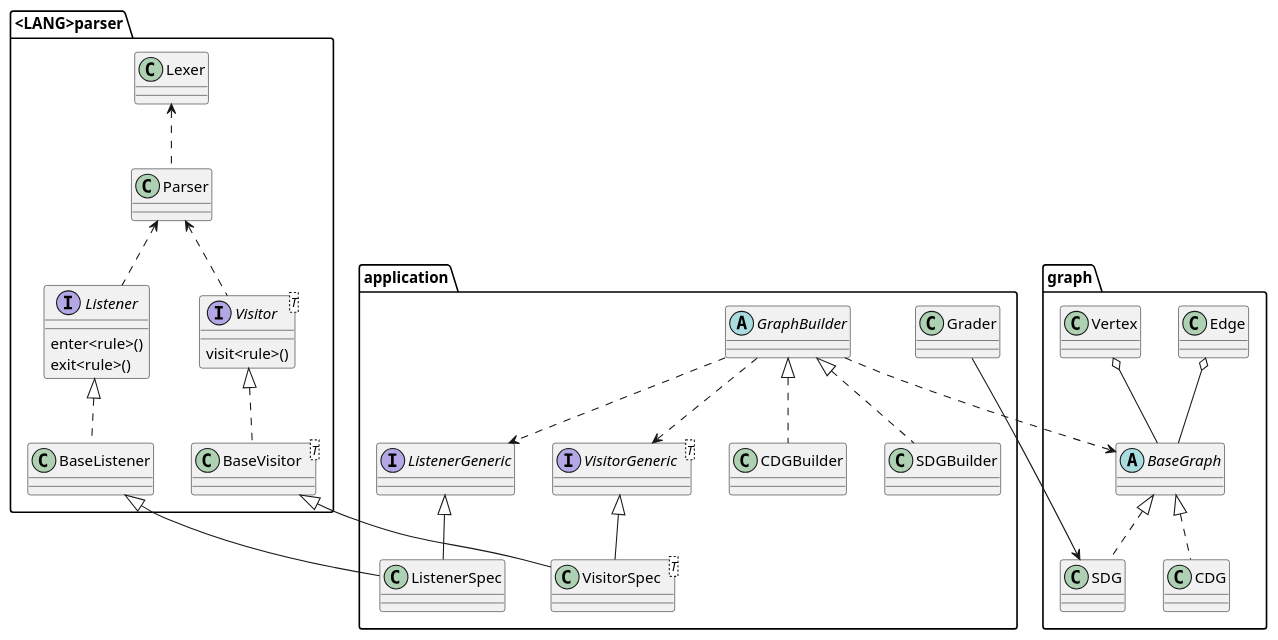
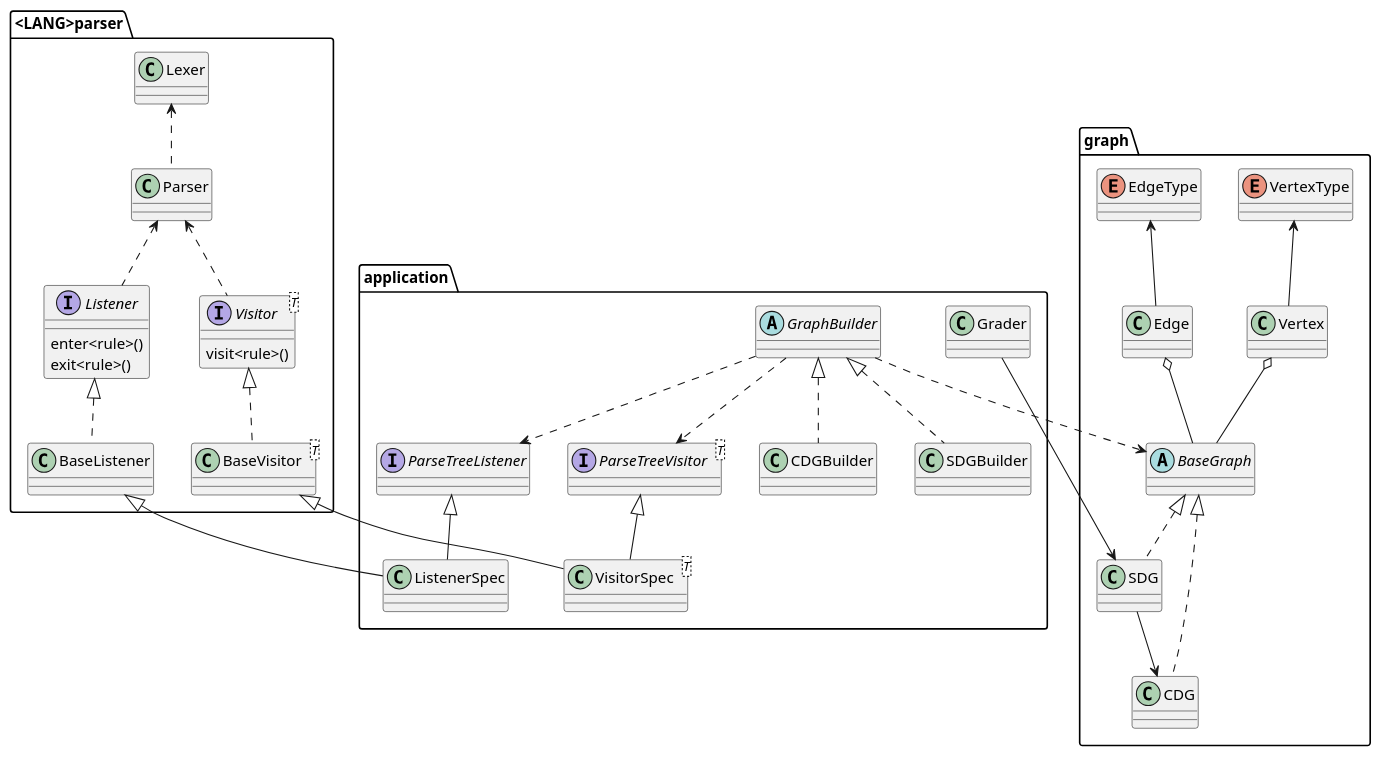
One commit to kuangyl0212/PAAA changed the diagram in src/main/uml/Application.puml. Above: the diagram before and after it, drawn with PlantUML. The commit also changed 43 other files, not shown here.

```diff
--- a/src/main/uml/Application.puml
+++ b/src/main/uml/Application.puml
@@ -1,84 +1,90 @@
 @startuml
 
 package "<LANG>parser" {
 Lexer    <..  Parser
 Parser   <..  Listener
 Parser   <..  Visitor
 Listener <|.. BaseListener
 Visitor  <|.. BaseVisitor
 
 Class Parser {
 
 }
 Class Lexer {
 
 }
 
 Interface Visitor<T> {
     visit<rule>()
 }
 Interface Listener {
     enter<rule>()
     exit<rule>()
 }
 
 Class BaseVisitor<T> {
 }
 Class BaseListener {
 }
 
 }
 
 package "graph" {
 Edge   o-- BaseGraph
 Vertex o-- BaseGraph
 BaseGraph <|.. CDG
 BaseGraph <|.. SDG
+VertexType <-- Vertex
+EdgeType <-- Edge
+SDG --> CDG
 
 abstract Class BaseGraph
 Class Vertex
 Class Edge
 Class CDG
 Class SDG
+enum VertexType
+enum EdgeType
+
 }
 
 
 package "application" {
 
-ListenerGeneric     <|-- ListenerSpec
-VisitorGeneric      <|-- VisitorSpec
+ParseTreeListener     <|-- ListenerSpec
+ParseTreeVisitor      <|-- VisitorSpec
 BaseListener <|-- ListenerSpec
 BaseVisitor  <|-- VisitorSpec
 
-Interface ListenerGeneric {
+Interface ParseTreeListener {
 }
-Interface VisitorGeneric<T> {
+Interface ParseTreeVisitor<T> {
 }
 
 
 Class ListenerSpec {
 }
 Class VisitorSpec<T> {
 }
 
 GraphBuilder ..> BaseGraph
 
 GraphBuilder <|.. CDGBuilder
 GraphBuilder <|.. SDGBuilder
 
-GraphBuilder ..> ListenerGeneric
-GraphBuilder ..> VisitorGeneric
+GraphBuilder ..> ParseTreeListener
+GraphBuilder ..> ParseTreeVisitor
 
 Grader --> SDG
 
 abstract GraphBuilder
 
 Class CDGBuilder
 Class SDGBuilder
 Class Grader
 
 
 }
 
 
 @enduml
```
